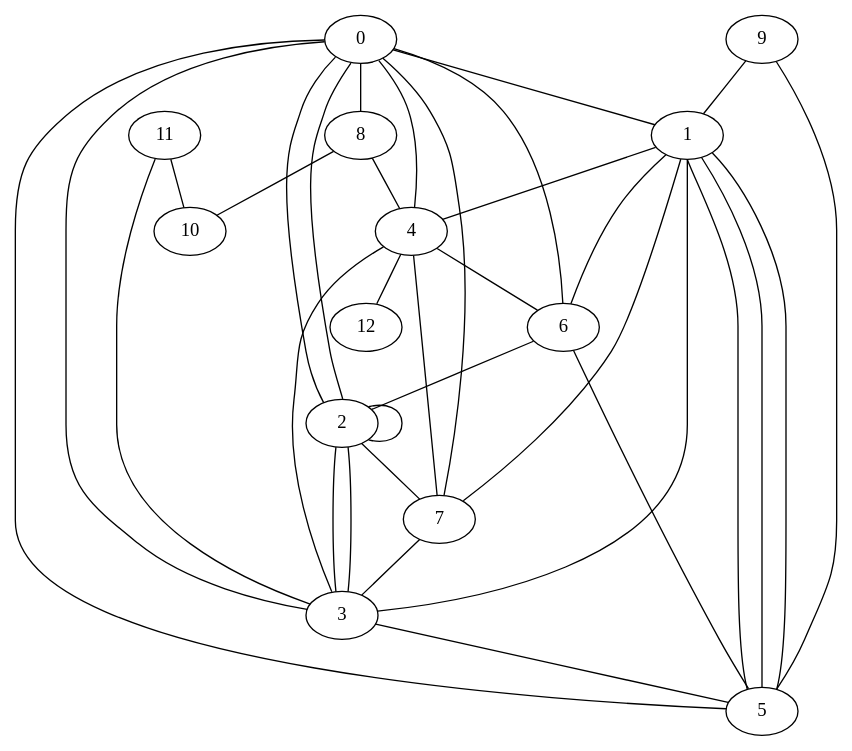
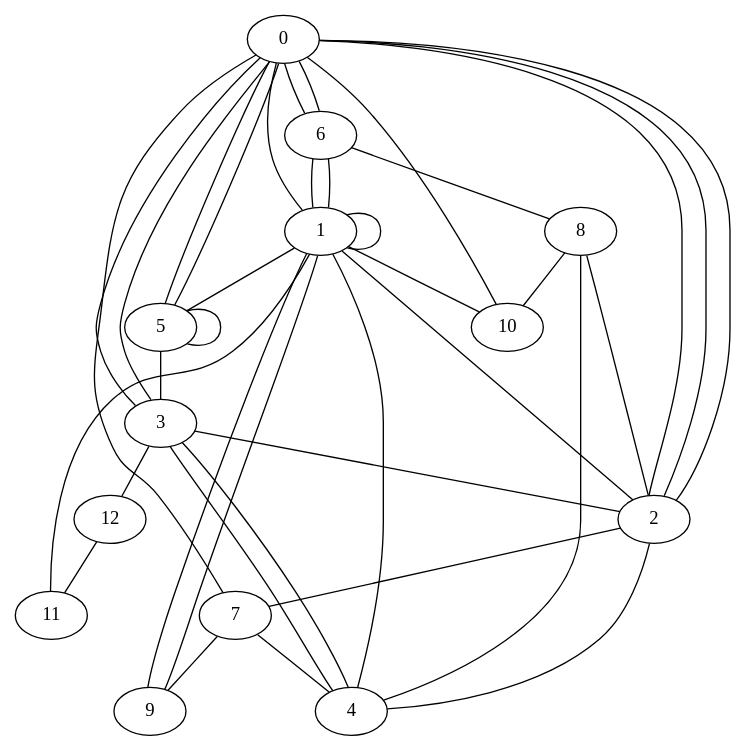
Before and after one commit to denizsurmeli/random-graph-generator: the diagram in feeds/out/O-9-13-13-PM.dot, drawn with Graphviz. The commit also changed 332 other files, not shown here.

```diff
--- a/feeds/out/O-9-13-13-PM.dot
+++ b/feeds/out/O-9-13-13-PM.dot
@@ -1,49 +1,52 @@
 graph G {
 0;
 1;
 2;
 3;
 4;
 5;
 6;
 7;
 8;
 9;
 10;
 11;
 12;
-5--6 ;
+7--9 ;
+8--4 ;
+5--0 ;
+9--1 ;
+1--11 ;
+0--7 ;
+3--12 ;
+0--6 ;
+0--2 ;
+3--0 ;
+3--4 ;
+6--1 ;
+6--1 ;
+5--3 ;
+0--10 ;
+4--3 ;
+0--5 ;
+3--2 ;
+9--1 ;
+2--0 ;
+4--1 ;
+6--8 ;
+6--0 ;
+2--7 ;
+5--5 ;
+1--10 ;
+1--1 ;
+12--11 ;
+8--10 ;
 7--4 ;
-7--1 ;
-8--10 ;
-2--3 ;
-6--1 ;
+2--1 ;
+4--2 ;
+1--5 ;
+8--2 ;
+0--1 ;
 2--0 ;
-5--1 ;
-7--0 ;
-5--0 ;
-1--5 ;
-1--4 ;
-8--4 ;
-0--8 ;
-2--3 ;
-4--6 ;
-4--12 ;
-0--6 ;
-4--0 ;
-2--2 ;
-0--2 ;
-9--1 ;
-7--3 ;
-11--10 ;
-9--5 ;
-5--1 ;
-3--4 ;
-2--7 ;
 3--0 ;
-0--1 ;
-3--1 ;
-6--2 ;
-11--3 ;
-3--5 ;
 }
```
